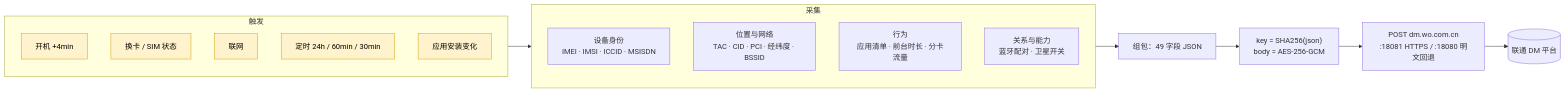
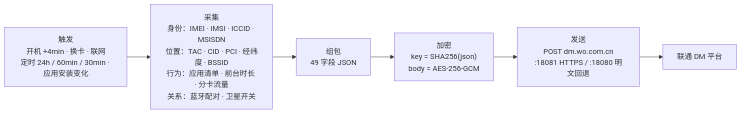
One commit to Richard8695847/SystemHelper changed the diagram in README.md. Above: the diagram before and after it, drawn with Mermaid. The commit also changed 3 other files, not shown here.

First line of the commit message:
fix(readme): mermaid 图改用最保守写法，修复 GitHub 无法渲染

````diff
--- a/README.md
+++ b/README.md
@@ -31,25 +31,10 @@
 ```mermaid
 flowchart LR
-  subgraph T["触发"]
-    A1["开机 +4min"]:::t
-    A2["换卡 / SIM 状态"]:::t
-    A3["联网"]:::t
-    A4["定时 24h / 60min / 30min"]:::t
-    A5["应用安装变化"]:::t
-  end
-
-  subgraph C["采集"]
-    D1["设备身份<br/>IMEI · IMSI · ICCID · MSISDN"]
-    D2["位置与网络<br/>TAC · CID · PCI · 经纬度 · BSSID"]
-    D3["行为<br/>应用清单 · 前台时长 · 分卡流量"]
-    D4["关系与能力<br/>蓝牙配对 · 卫星开关"]
-  end
-
-  T --> C
-  C --> E["组包：49 字段 JSON"]
-  E --> F["key = SHA256(json)<br/>body = AES-256-GCM"]
-  F --> G["POST dm.wo.com.cn<br/>:18081 HTTPS / :18080 明文回退"]
-  G --> H[("联通 DM 平台")]
-
-  classDef t fill:#fff3cd,stroke:#d39e00,color:#000;
+  A["触发<br/>开机 +4min · 换卡 · 联网<br/>定时 24h / 60min / 30min · 应用安装变化"]
+  B["采集<br/>身份：IMEI · IMSI · ICCID · MSISDN<br/>位置：TAC · CID · PCI · 经纬度 · BSSID<br/>行为：应用清单 · 前台时长 · 分卡流量<br/>关系：蓝牙配对 · 卫星开关"]
+  C["组包<br/>49 字段 JSON"]
+  D["加密<br/>key = SHA256(json)<br/>body = AES-256-GCM"]
+  E["发送<br/>POST dm.wo.com.cn<br/>:18081 HTTPS / :18080 明文回退"]
+  F["联通 DM 平台"]
+  A --> B --> C --> D --> E --> F
 ```
````
